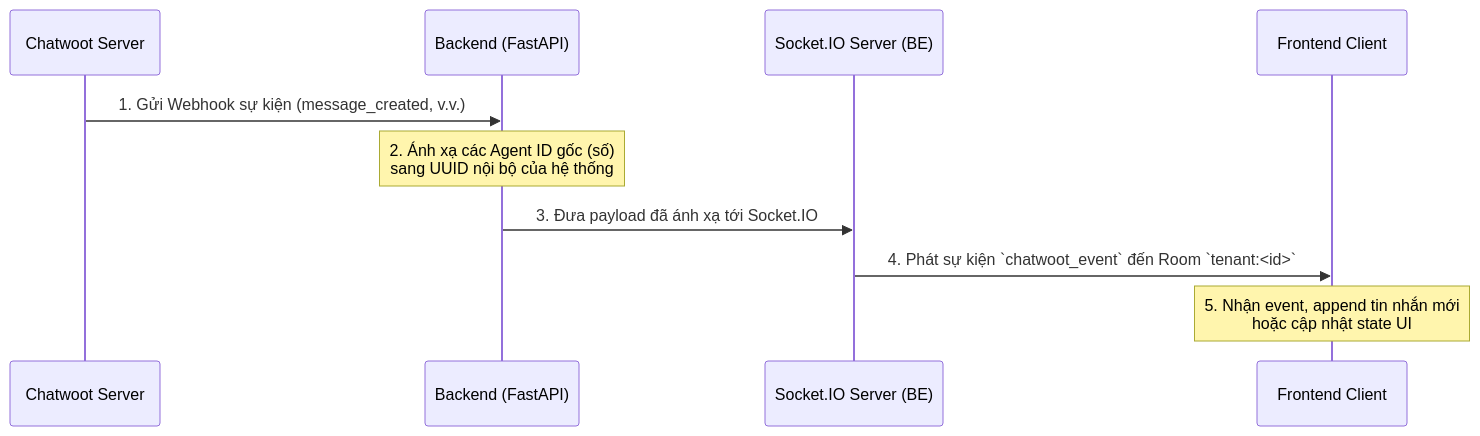
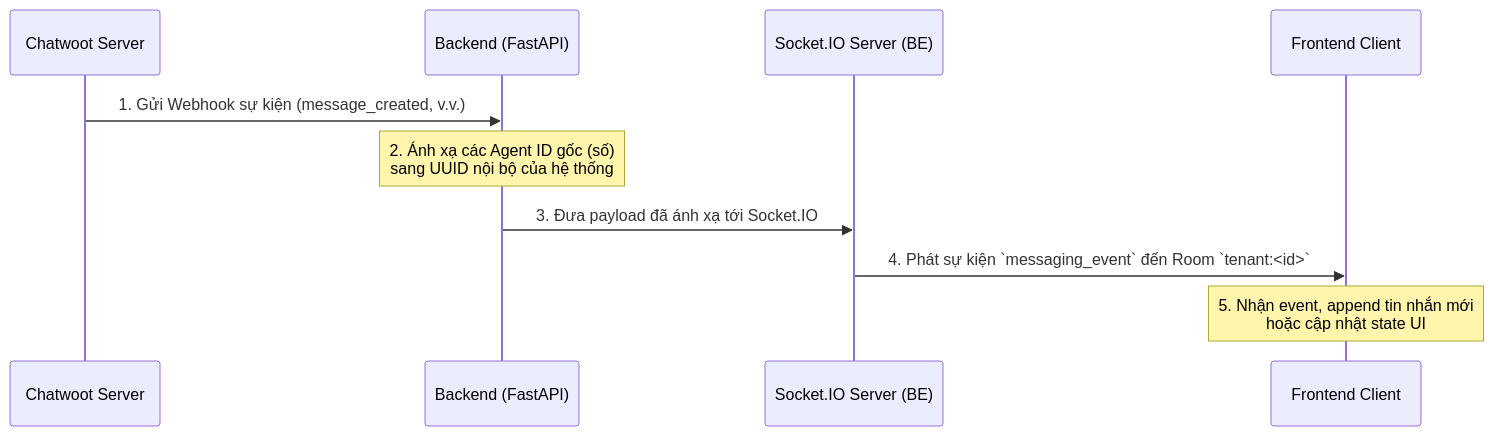
One commit to NvD125213/Omichannel changed the diagram in # Hướng dẫn tích hợp Real-time Chat.md. Above: the diagram before and after it, drawn with Mermaid. The commit also changed other lines of this file and 57 other files, not shown here.

````diff
--- a/# Hướng dẫn tích hợp Real-time Chat.md
+++ b/# Hướng dẫn tích hợp Real-time Chat.md
@@ -9,13 +9,13 @@
 ```mermaid
 sequenceDiagram
     participant CW as Chatwoot Server
     participant BE as Backend (FastAPI)
     participant Socket as Socket.IO Server (BE)
     participant FE as Frontend Client
 
     CW->>BE: 1. Gửi Webhook sự kiện (message_created, v.v.)
     Note over BE: 2. Ánh xạ các Agent ID gốc (số)<br/>sang UUID nội bộ của hệ thống
     BE->>Socket: 3. Đưa payload đã ánh xạ tới Socket.IO
-    Socket->>FE: 4. Phát sự kiện `chatwoot_event` đến Room `tenant:<id>`
+    Socket->>FE: 4. Phát sự kiện `messaging_event` đến Room `tenant:<id>`
     Note over FE: 5. Nhận event, append tin nhắn mới<br/>hoặc cập nhật state UI
 ```
````
